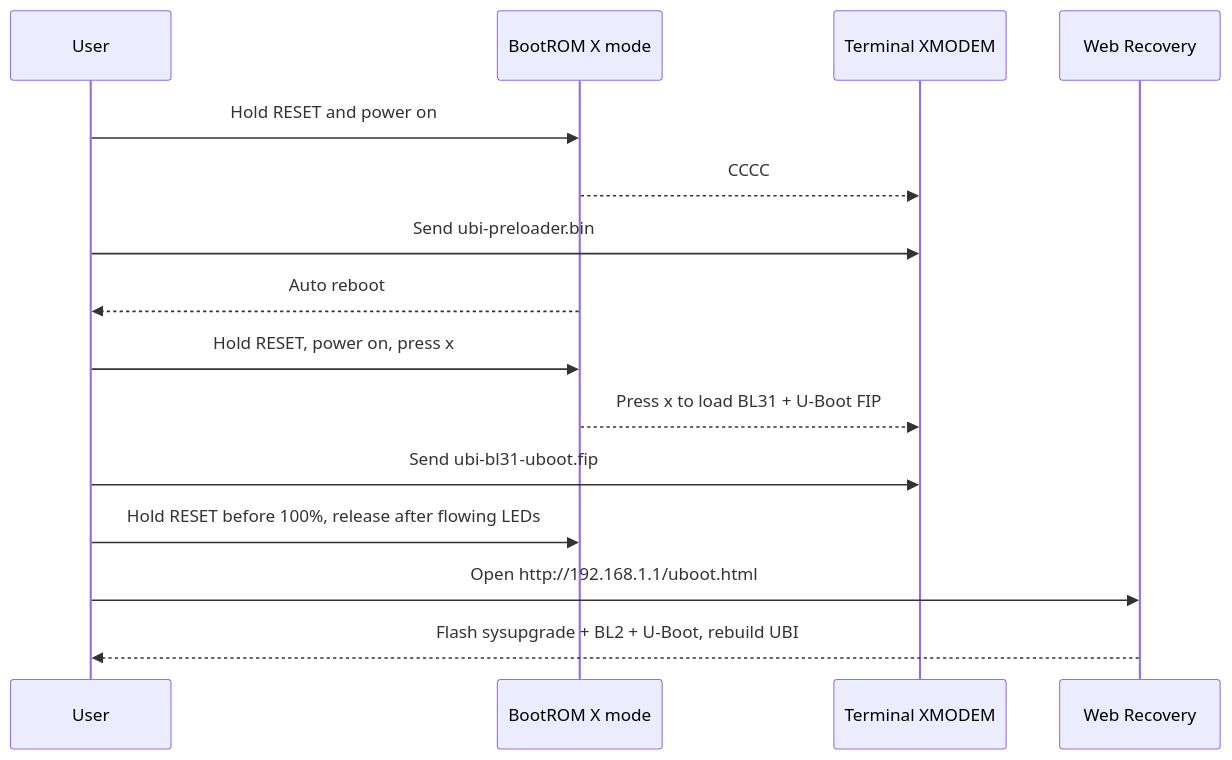
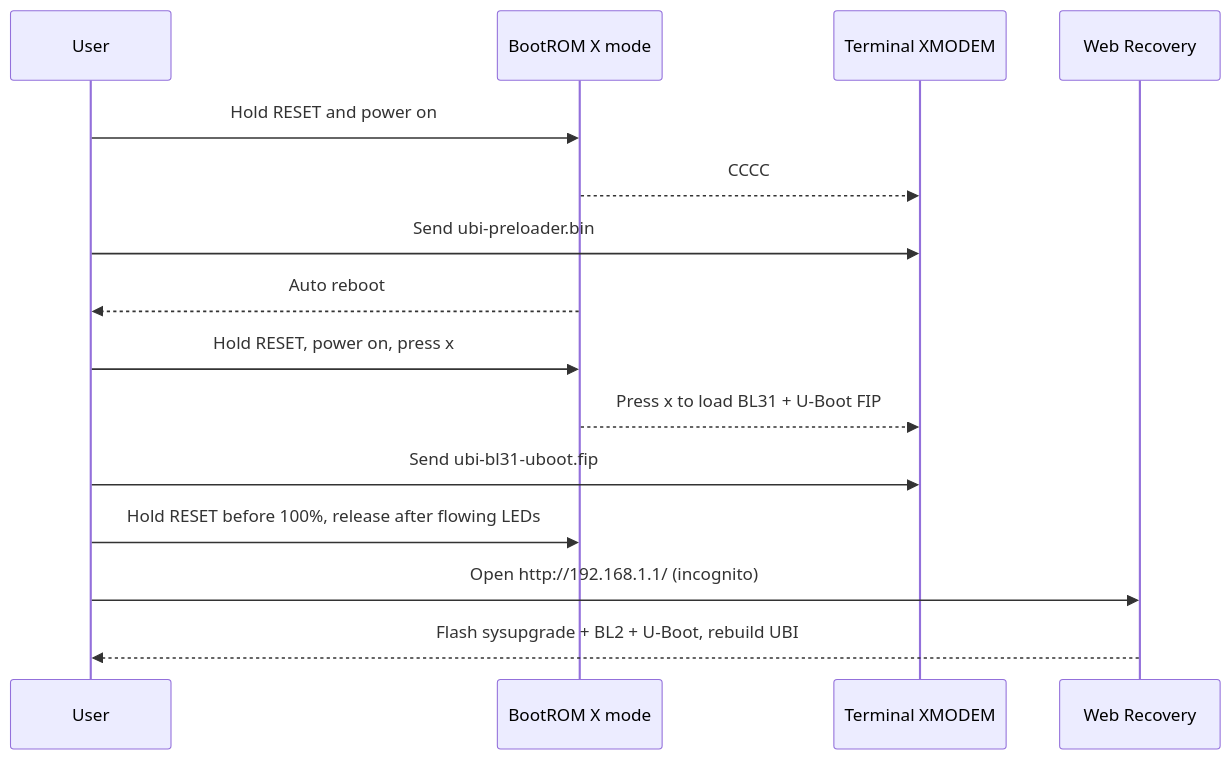
Before and after one commit to naoki66/u-boot-for-brightspeed-gemtek: the fourth of 4 diagrams in README.md, drawn with Mermaid. The commit also changed other lines of this file and 8 other files, not shown here.

````diff
--- a/README.md
+++ b/README.md
@@ -379,18 +379,18 @@
 ```mermaid
 sequenceDiagram
     participant U as User
     participant B as BootROM X mode
     participant T as Terminal XMODEM
     participant W as Web Recovery
 
     U->>B: Hold RESET and power on
     B-->>T: CCCC
     U->>T: Send ubi-preloader.bin
     B-->>U: Auto reboot
     U->>B: Hold RESET, power on, press x
     B-->>T: Press x to load BL31 + U-Boot FIP
     U->>T: Send ubi-bl31-uboot.fip
     U->>B: Hold RESET before 100%, release after flowing LEDs
-    U->>W: Open http://192.168.1.1/uboot.html
+    U->>W: Open http://192.168.1.1/ (incognito)
     W-->>U: Flash sysupgrade + BL2 + U-Boot, rebuild UBI
 ```
````
